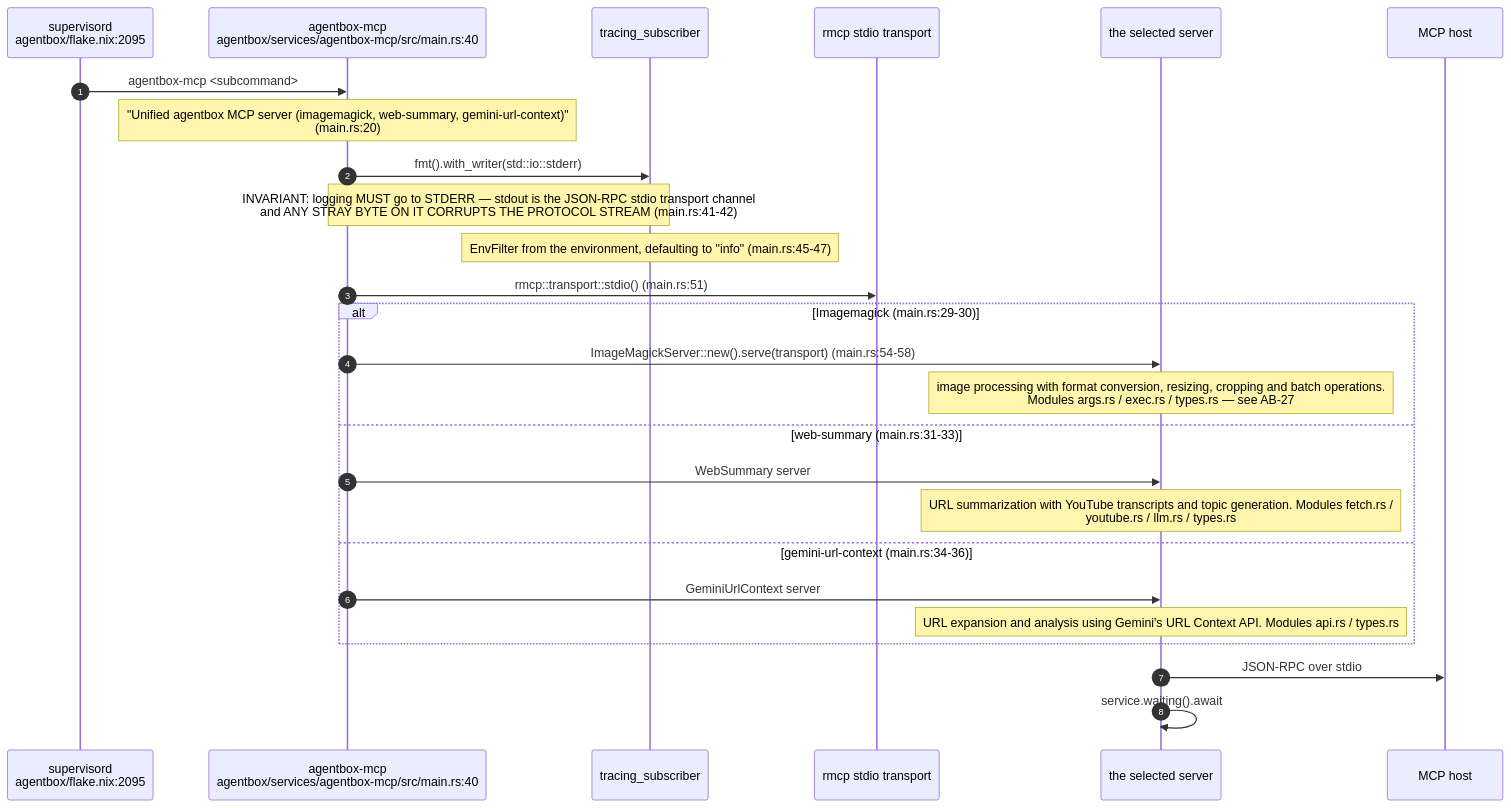
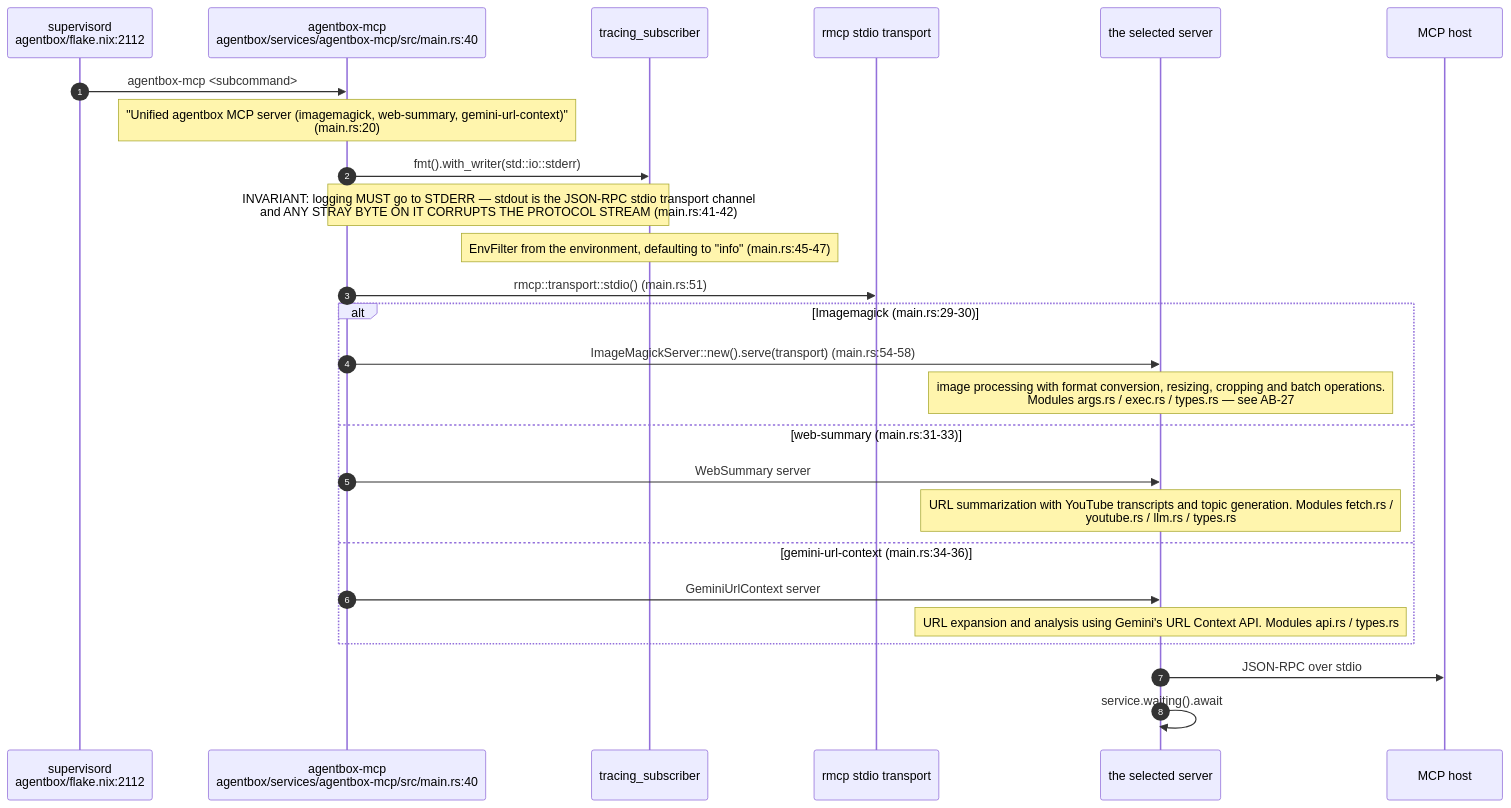
One commit to DreamLab-AI/AR-AI-Knowledge-Graph changed the sixth of 9 diagrams in docs/diagrams/agentbox/28-agentbox-services-and-manifest-binary.md. Above: the diagram before and after it, drawn with Mermaid. The commit also changed other lines of this file and 73 other files, not shown here.

First line of the commit message:
docs(diagrams): re-verify all 71 topic files against HEAD; add --cite-check

````diff
--- a/docs/diagrams/agentbox/28-agentbox-services-and-manifest-binary.md
+++ b/docs/diagrams/agentbox/28-agentbox-services-and-manifest-binary.md
@@ -267,29 +267,29 @@
 ```mermaid
 sequenceDiagram
     autonumber
-    participant SUP as supervisord<br/>agentbox/flake.nix:2095
+    participant SUP as supervisord<br/>agentbox/flake.nix:2112
     participant BIN as agentbox-mcp<br/>agentbox/services/agentbox-mcp/src/main.rs:40
     participant LOG as tracing_subscriber
     participant T as rmcp stdio transport
     participant SRV as the selected server
     participant HOST as MCP host
 
     SUP->>BIN: agentbox-mcp <subcommand>
     Note over BIN: "Unified agentbox MCP server (imagemagick, web-summary, gemini-url-context)"<br/>(main.rs:20)
     BIN->>LOG: fmt().with_writer(std::io::stderr)
     Note over BIN,LOG: INVARIANT: logging MUST go to STDERR — stdout is the JSON-RPC stdio transport channel<br/>and ANY STRAY BYTE ON IT CORRUPTS THE PROTOCOL STREAM (main.rs:41-42)
     Note over LOG: EnvFilter from the environment, defaulting to "info" (main.rs:45-47)
     BIN->>T: rmcp::transport::stdio() (main.rs:51)
     alt Imagemagick (main.rs:29-30)
         BIN->>SRV: ImageMagickServer::new().serve(transport) (main.rs:54-58)
         Note over SRV: image processing with format conversion, resizing, cropping and batch operations.<br/>Modules args.rs / exec.rs / types.rs — see AB-27
     else web-summary (main.rs:31-33)
         BIN->>SRV: WebSummary server
         Note over SRV: URL summarization with YouTube transcripts and topic generation. Modules fetch.rs /<br/>youtube.rs / llm.rs / types.rs
     else gemini-url-context (main.rs:34-36)
         BIN->>SRV: GeminiUrlContext server
         Note over SRV: URL expansion and analysis using Gemini's URL Context API. Modules api.rs / types.rs
     end
     SRV->>HOST: JSON-RPC over stdio
     SRV->>SRV: service.waiting().await
 ```
````
